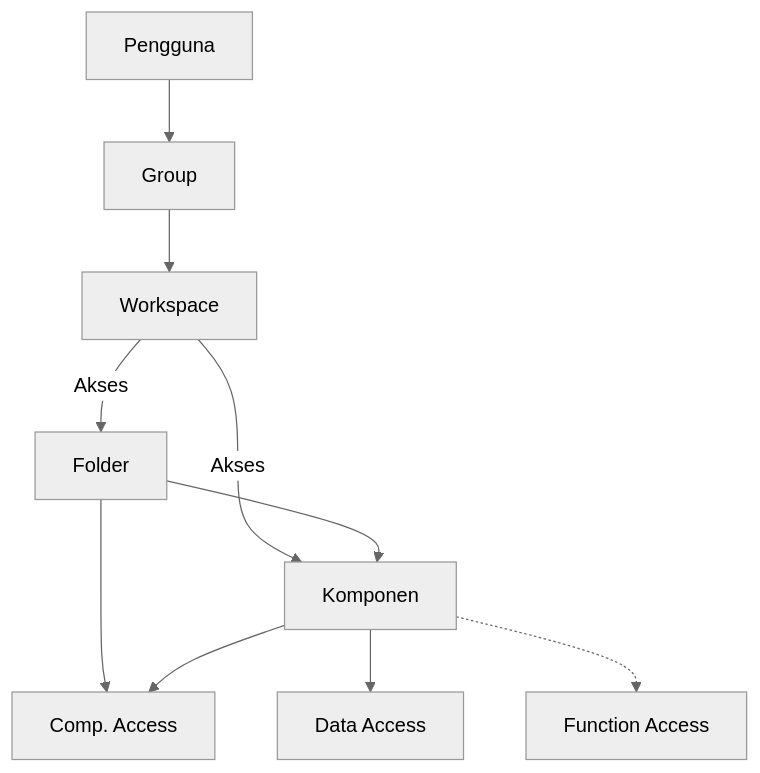
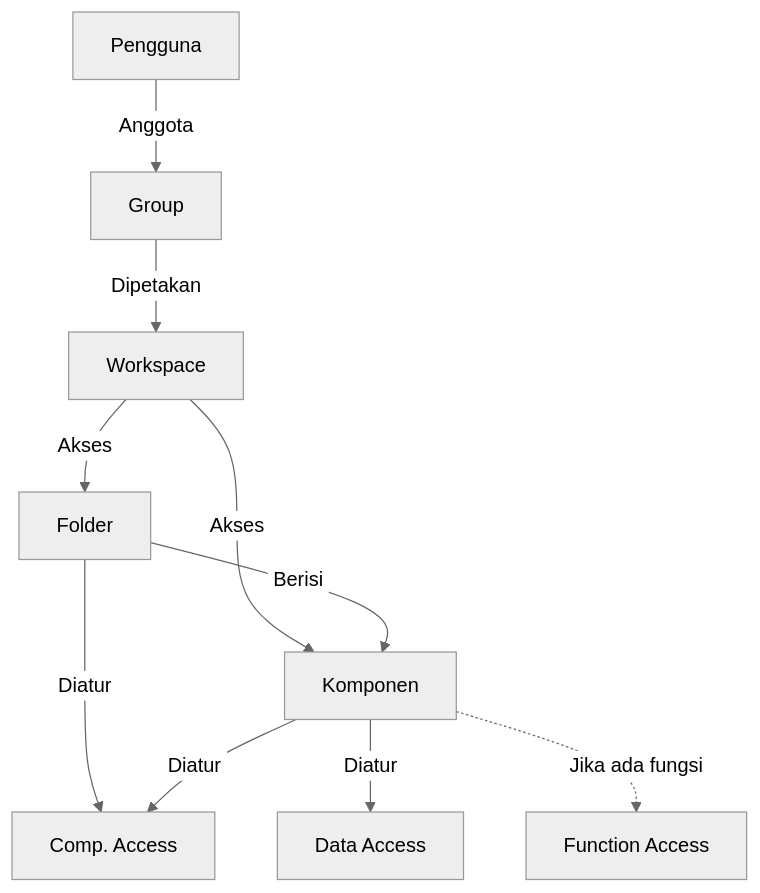
One commit to ginalne/phoenix-docs changed the diagram in Docs/Modul Developer/Workspace/Apa itu Workspace.md. Above: the diagram before and after it, drawn with Mermaid (neutral theme). The commit also changed other lines of this file and 1 other file, not shown here.

````diff
--- a/Docs/Modul Developer/Workspace/Apa itu Workspace.md
+++ b/Docs/Modul Developer/Workspace/Apa itu Workspace.md
@@ -51,12 +54,12 @@
 ```mermaid
 flowchart TD
-    U[Pengguna] --> G[Group]
-    W --> |Akses| F[Folder]
-    G --> W[Workspace]
-    W --> |Akses| K[Komponen]
-    F --> K[Komponen]
-    F --> C[Comp. Access]
-    K --> C
-    K --> D[Data Access]
-    K -.-> FN[Function Access]
+    U["Pengguna"] -->|&nbsp;Anggota&nbsp;| G["Group"]
+    G -->|&nbsp;Dipetakan&nbsp;| W["Workspace"]
+    W -->|&nbsp;Akses&nbsp;| F["Folder"]
+    W -->|&nbsp;Akses&nbsp;| K["Komponen"]
+    F -->|&nbsp;Berisi&nbsp;| K
+    F -->|&nbsp;Diatur&nbsp;| C["Comp. Access"]
+    K -->|&nbsp;Diatur&nbsp;| C
+    K -->|&nbsp;Diatur&nbsp;| D["Data Access"]
+    K -.->|&nbsp;Jika ada fungsi&nbsp;| FN["Function Access"]
 ```
````
